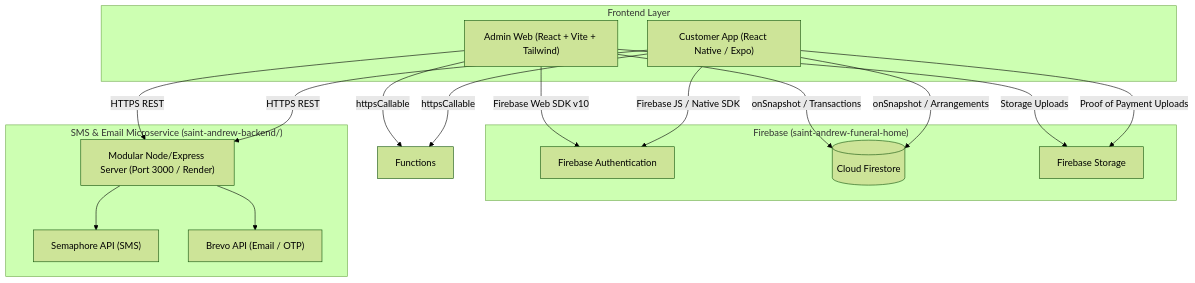
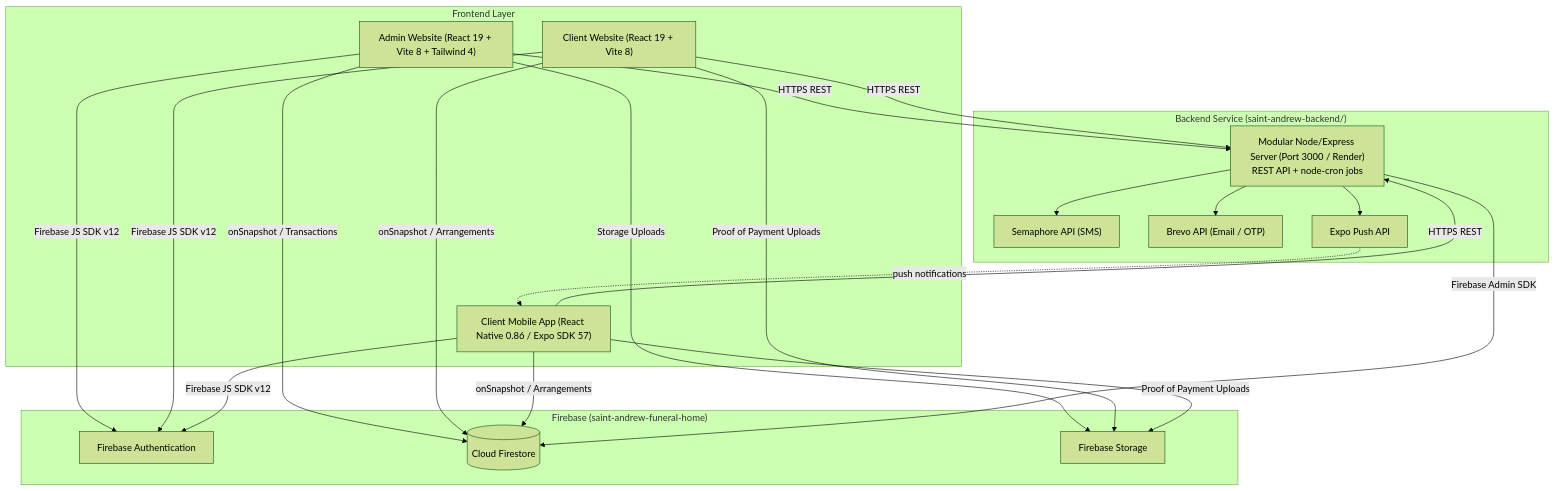
The diagram in docs/funeral-system-complete-reference.md (jomadlcrz/saint-andrew-backend), drawn with Mermaid (forest theme) before and after one commit. The commit also changed 2 other files, not shown here.

Commit message:
feat(docs): update architecture and deployment guide for new client web and mobile applications

````diff
--- a/docs/funeral-system-complete-reference.md
+++ b/docs/funeral-system-complete-reference.md
@@ -15,34 +15,42 @@
 ```mermaid
 flowchart TD
     subgraph Clients["Frontend Layer"]
-        AdminWeb["Admin Web (React + Vite + Tailwind)"]
-        UserApp["Customer App (React Native / Expo)"]
+        AdminWeb["Admin Website (React 19 + Vite 8 + Tailwind 4)"]
+        UserWeb["Client Website (React 19 + Vite 8)"]
+        UserApp["Client Mobile App (React Native 0.86 / Expo SDK 57)"]
     end
 
     subgraph FirebaseBackend["Firebase (saint-andrew-funeral-home)"]
         Auth["Firebase Authentication"]
         Firestore[("Cloud Firestore")]
         Storage["Firebase Storage"]
     end
 
-    subgraph ExpressBackend["SMS & Email Microservice (saint-andrew-backend/)"]
-        RenderNode["Modular Node/Express Server (Port 3000 / Render)"]
+    subgraph ExpressBackend["Backend Service (saint-andrew-backend/)"]
+        RenderNode["Modular Node/Express Server (Port 3000 / Render)<br/>REST API + node-cron jobs"]
         Semaphore["Semaphore API (SMS)"]
         Brevo["Brevo API (Email / OTP)"]
+        ExpoPush["Expo Push API"]
     end
 
-    AdminWeb -->|Firebase Web SDK v10| Auth
+    AdminWeb -->|Firebase JS SDK v12| Auth
     AdminWeb -->|onSnapshot / Transactions| Firestore
     AdminWeb -->|Storage Uploads| Storage
     AdminWeb -->|HTTPS REST| RenderNode
-    AdminWeb -->|httpsCallable| Functions
 
-    UserApp -->|Firebase JS / Native SDK| Auth
+    UserWeb -->|Firebase JS SDK v12| Auth
+    UserWeb -->|onSnapshot / Arrangements| Firestore
+    UserWeb -->|Proof of Payment Uploads| Storage
+    UserWeb -->|HTTPS REST| RenderNode
+
+    UserApp -->|Firebase JS SDK v12| Auth
     UserApp -->|onSnapshot / Arrangements| Firestore
     UserApp -->|Proof of Payment Uploads| Storage
     UserApp -->|HTTPS REST| RenderNode
-    UserApp -->|httpsCallable| Functions
 
+    RenderNode -->|Firebase Admin SDK| Firestore
     RenderNode --> Semaphore
     RenderNode --> Brevo
+    RenderNode --> ExpoPush
+    ExpoPush -.->|push notifications| UserApp
 ```
````
